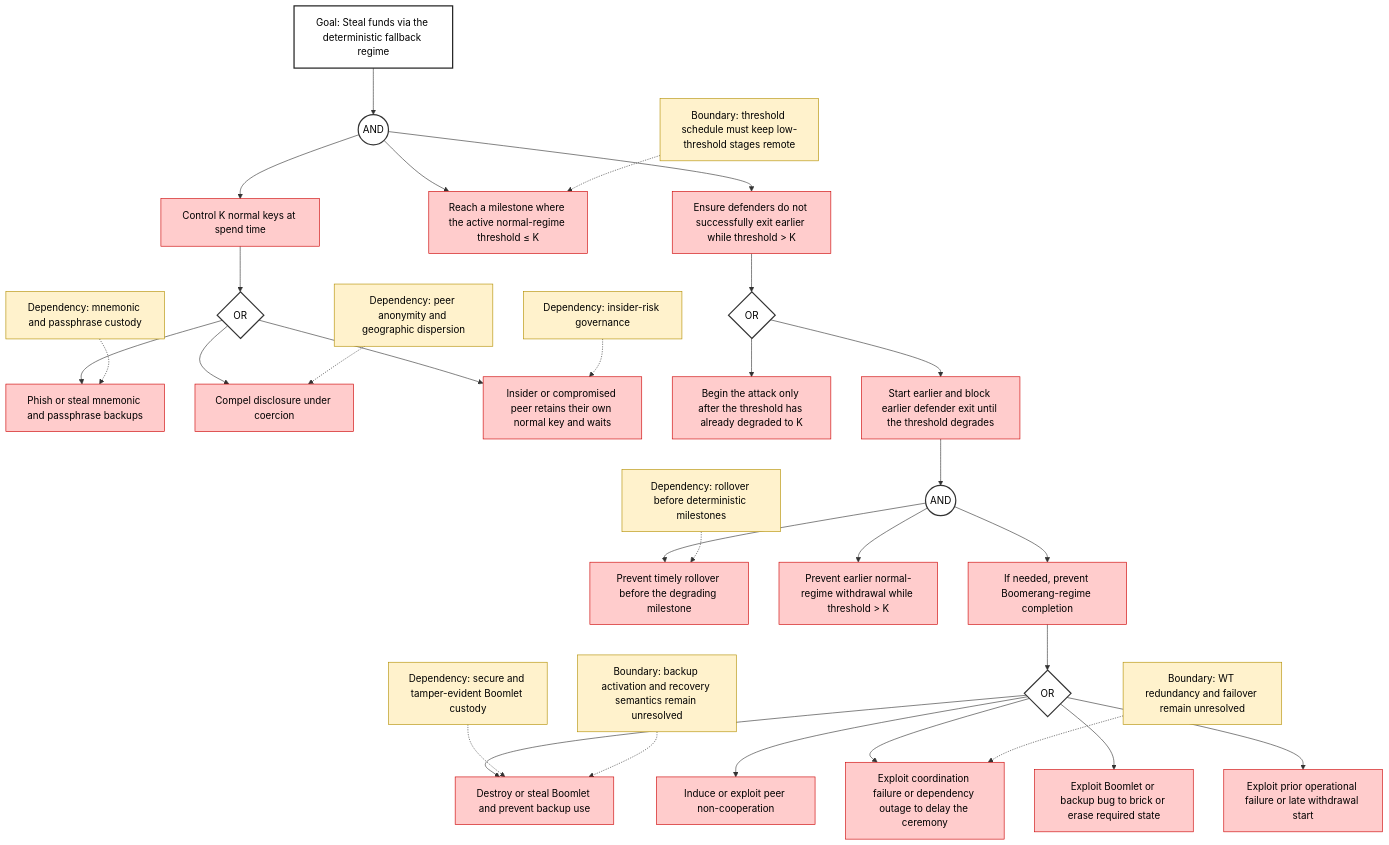
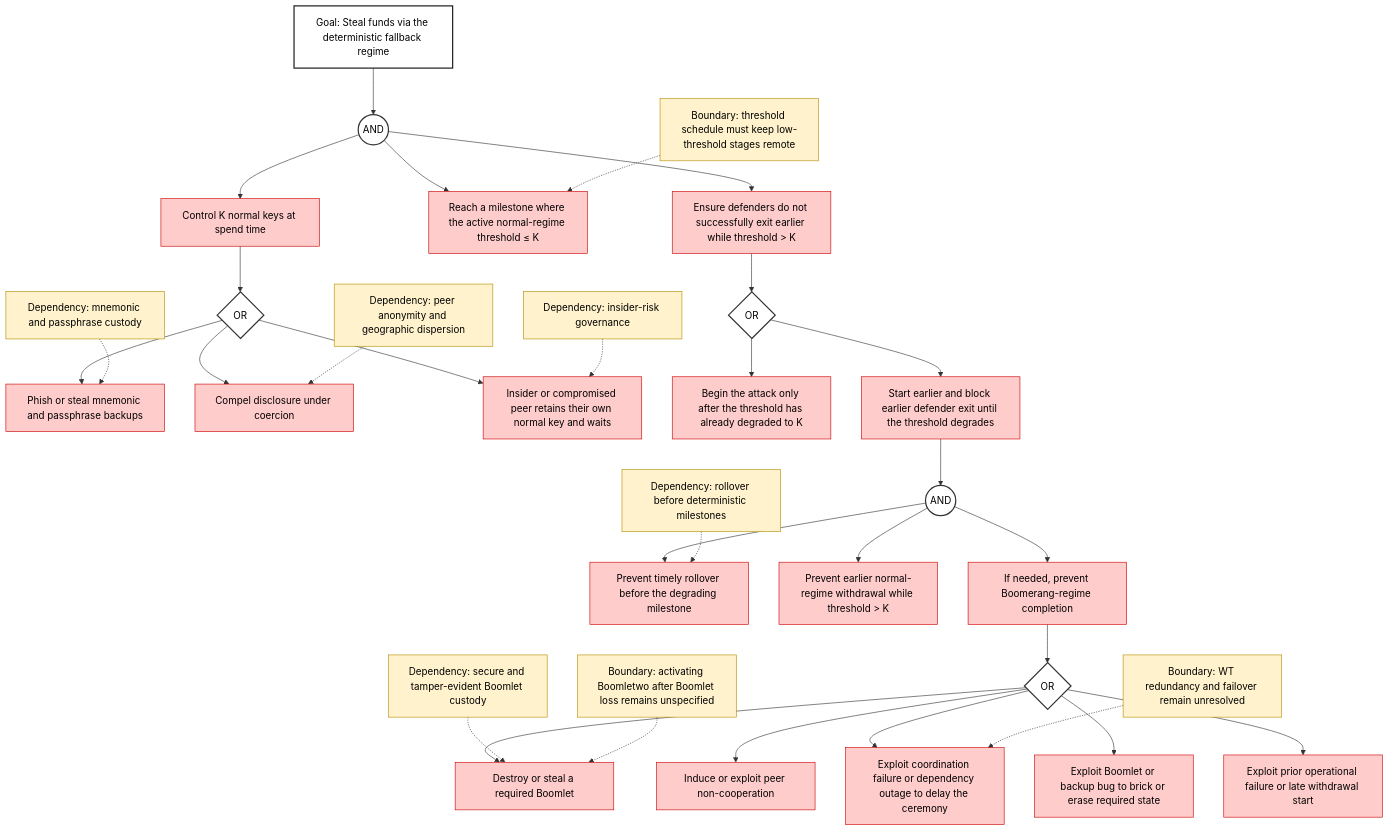
The third of 7 diagrams in security_models/attack_trees.md (cogwheel26/boomerang_design), drawn with Mermaid before and after one commit. The commit also changed other lines of this file and 8 other files, not shown here.

````diff
--- a/security_models/attack_trees.md
+++ b/security_models/attack_trees.md
@@ -152,50 +156,50 @@
 ```mermaid
 flowchart TD
   A["Goal: Steal funds via the deterministic fallback regime"] --> AND0((AND))
 
   AND0 --> B["Control K normal keys at spend time"]
   AND0 --> C["Reach a milestone where the active normal-regime threshold ≤ K"]
   AND0 --> D["Ensure defenders do not successfully exit earlier while threshold > K"]
 
   B --> OR1{OR}
   OR1 --> B1["Phish or steal mnemonic and passphrase backups"]
   OR1 --> B2["Compel disclosure under coercion"]
   OR1 --> B3["Insider or compromised peer retains their own normal key and waits"]
 
   D --> OR2{OR}
   OR2 --> D1["Begin the attack only after the threshold has already degraded to K"]
   OR2 --> D2["Start earlier and block earlier defender exit until the threshold degrades"]
 
   D2 --> AND1((AND))
   AND1 --> D2a["Prevent timely rollover before the degrading milestone"]
   AND1 --> D2b["Prevent earlier normal-regime withdrawal while threshold > K"]
   AND1 --> D2c["If needed, prevent Boomerang-regime completion"]
 
   D2c --> OR3{OR}
-  OR3 --> D2c1["Destroy or steal Boomlet and prevent backup use"]
+  OR3 --> D2c1["Destroy or steal a required Boomlet"]
   OR3 --> D2c2["Induce or exploit peer non-cooperation"]
   OR3 --> D2c3["Exploit coordination failure or dependency outage to delay the ceremony"]
   OR3 --> D2c4["Exploit Boomlet or backup bug to brick or erase required state"]
   OR3 --> D2c5["Exploit prior operational failure or late withdrawal start"]
 
   E1["Dependency: mnemonic and passphrase custody"] -.-> B1
   E2["Dependency: peer anonymity and geographic dispersion"] -.-> B2
   E3["Dependency: insider-risk governance"] -.-> B3
   E4["Dependency: rollover before deterministic milestones"] -.-> D2a
   E5["Boundary: threshold schedule must keep low-threshold stages remote"] -.-> C
   E6["Dependency: secure and tamper-evident Boomlet custody"] -.-> D2c1
-  E7["Boundary: backup activation and recovery semantics remain unresolved"] -.-> D2c1
+  E7["Boundary: activating Boomletwo after Boomlet loss remains unspecified"] -.-> D2c1
   E8["Boundary: WT redundancy and failover remain unresolved"] -.-> D2c3
 
   classDef goal fill:#ffffff,stroke:#222,stroke-width:2px,color:#000;
   classDef attack fill:#ffcccc,stroke:#cc0000,color:#000;
   classDef control fill:#ccffcc,stroke:#009900,color:#000;
   classDef open fill:#fff2cc,stroke:#b38f00,color:#000;
   classDef gate fill:#ffffff,stroke:#333,stroke-width:2px,color:#000;
 
   class A goal;
   class B,C,D,B1,B2,B3,D1,D2,D2a,D2b,D2c,D2c1,D2c2,D2c3,D2c4,D2c5 attack;
   class E1,E2,E3,E4,E5,E6,E7,E8 open;
   class AND0,AND1,OR1,OR2,OR3 gate;
 
 ```
````
